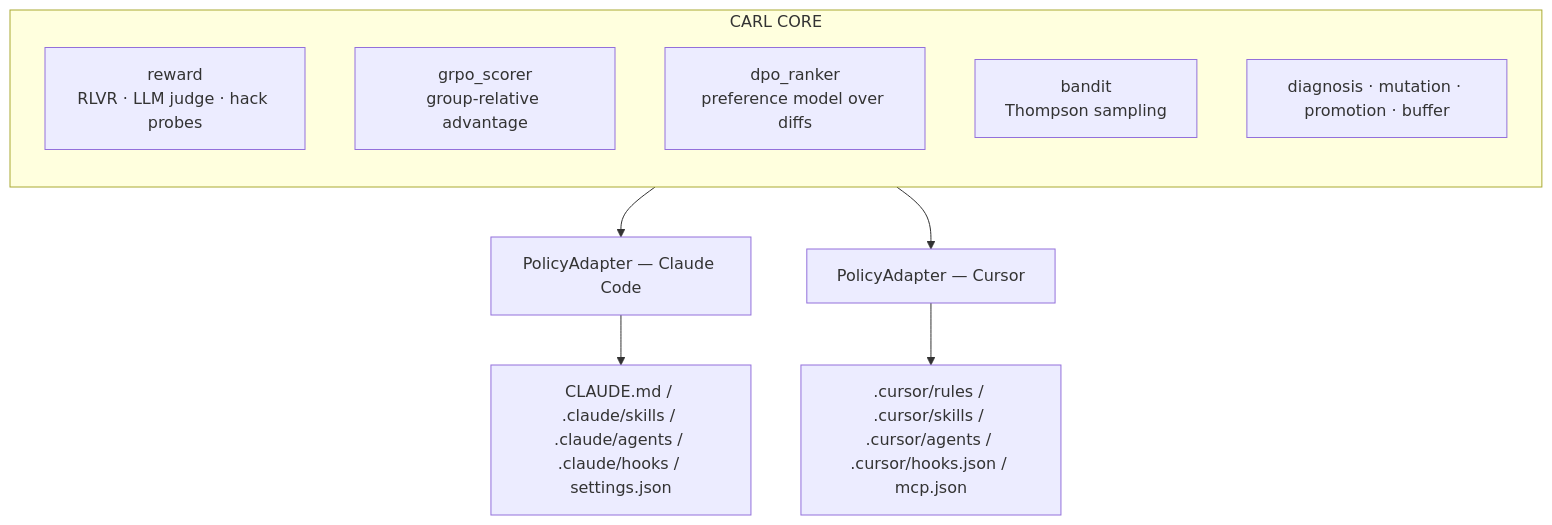
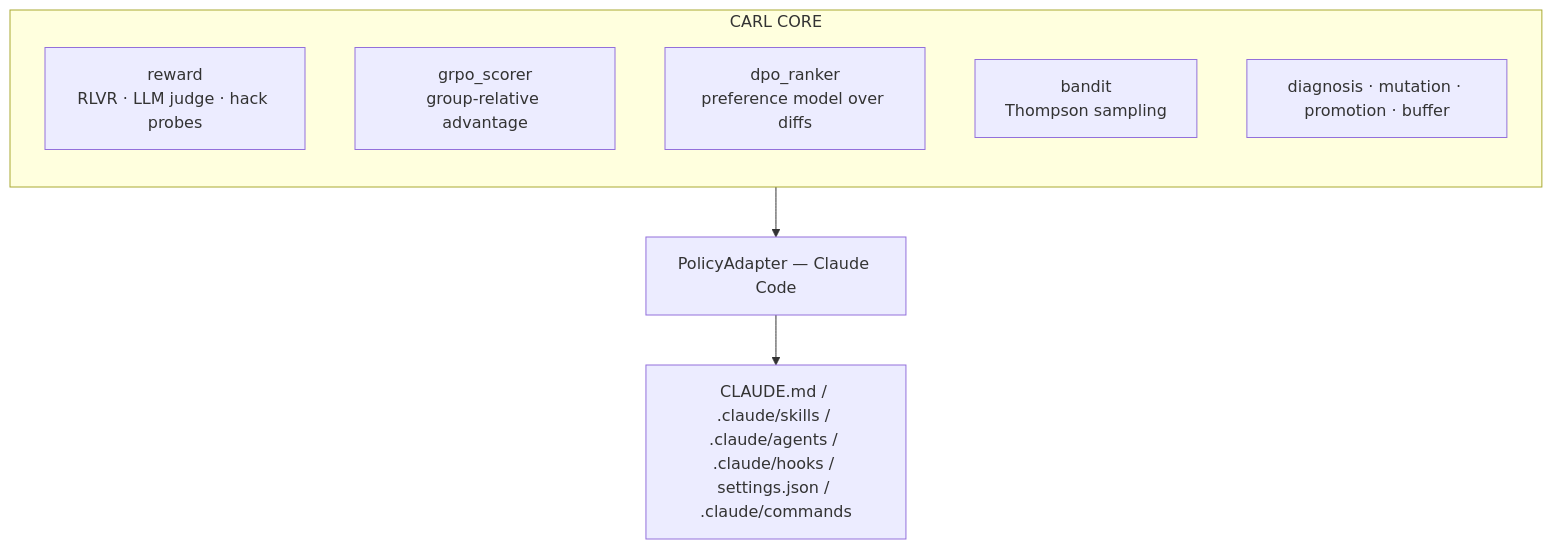
The diagram in docs/architecture.md (anni-stanford/carl), drawn with Mermaid before and after one commit. The commit also changed other lines of this file and 36 other files, not shown here.

````diff
--- a/docs/architecture.md
+++ b/docs/architecture.md
@@ -5,15 +7,13 @@
 ```mermaid
 flowchart TB
     subgraph CORE[CARL CORE]
       direction TB
       R1[reward<br/>RLVR · LLM judge · hack probes]
       R2[grpo_scorer<br/>group-relative advantage]
       R3[dpo_ranker<br/>preference model over diffs]
       R4[bandit<br/>Thompson sampling]
       R5[diagnosis · mutation · promotion · buffer]
     end
     CORE --> CC_AD[PolicyAdapter — Claude Code]
-    CORE --> CU_AD[PolicyAdapter — Cursor]
-    CC_AD --> CC[CLAUDE.md / .claude/skills / .claude/agents / .claude/hooks / settings.json]
-    CU_AD --> CU[.cursor/rules / .cursor/skills / .cursor/agents / .cursor/hooks.json / mcp.json]
+    CC_AD --> CC[CLAUDE.md / .claude/skills / .claude/agents / .claude/hooks / settings.json / .claude/commands]
 ```
````
